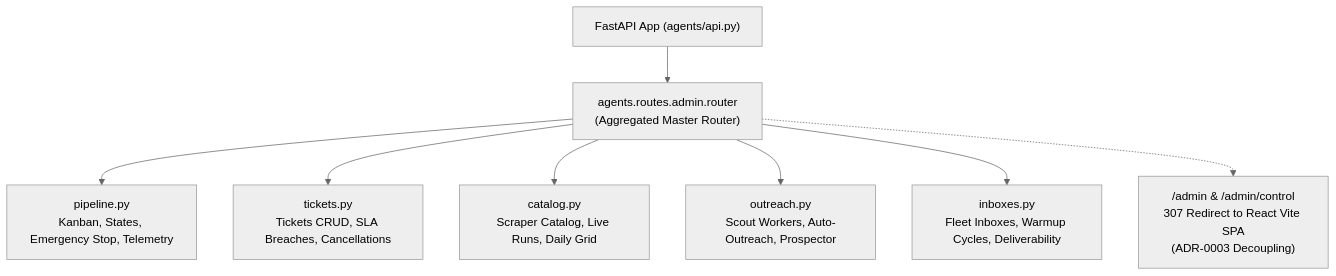
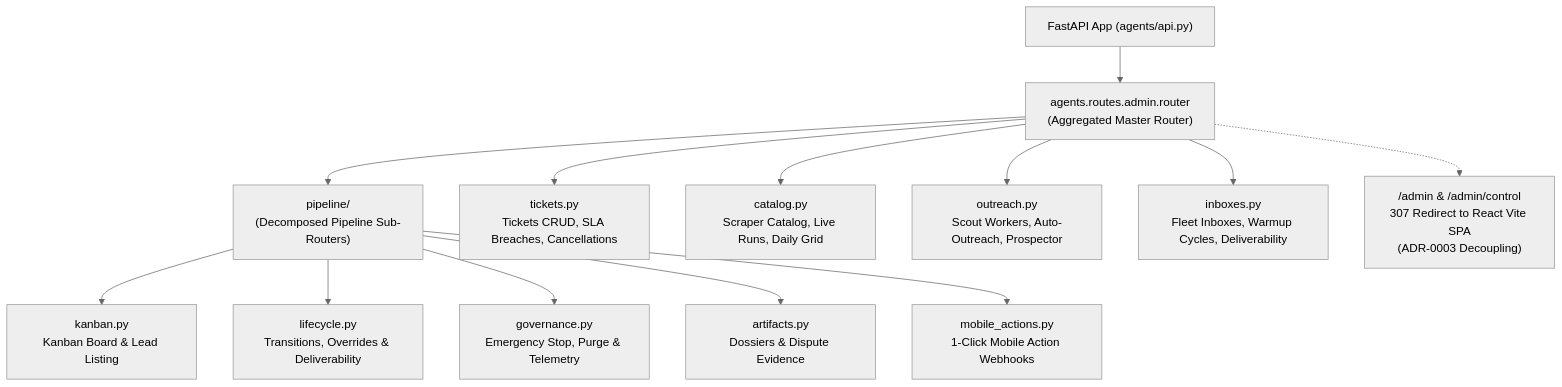
The diagram in agents/routes/admin/README.md (Benpahrman/leadops2), drawn with Mermaid (neutral theme) before and after one commit. The commit also changed other lines of this file and 83 other files, not shown here.

````diff
--- a/agents/routes/admin/README.md
+++ b/agents/routes/admin/README.md
@@ -13,12 +13,18 @@
 ```mermaid
 flowchart TD
     API["FastAPI App (agents/api.py)"] --> AdminRouter["agents.routes.admin.router\n(Aggregated Master Router)"]
 
-    AdminRouter --> Pipeline["pipeline.py\nKanban, States, Emergency Stop, Telemetry"]
+    AdminRouter --> PipelineRouter["pipeline/\n(Decomposed Pipeline Sub-Routers)"]
     AdminRouter --> Tickets["tickets.py\nTickets CRUD, SLA Breaches, Cancellations"]
     AdminRouter --> Catalog["catalog.py\nScraper Catalog, Live Runs, Daily Grid"]
     AdminRouter --> Outreach["outreach.py\nScout Workers, Auto-Outreach, Prospector"]
     AdminRouter --> Inboxes["inboxes.py\nFleet Inboxes, Warmup Cycles, Deliverability"]
 
+    PipelineRouter --> Kanban["kanban.py\nKanban Board & Lead Listing"]
+    PipelineRouter --> Lifecycle["lifecycle.py\nTransitions, Overrides & Deliverability"]
+    PipelineRouter --> Governance["governance.py\nEmergency Stop, Purge & Telemetry"]
+    PipelineRouter --> Artifacts["artifacts.py\nDossiers & Dispute Evidence"]
+    PipelineRouter --> Mobile["mobile_actions.py\n1-Click Mobile Action Webhooks"]
+
     AdminRouter -.-> Redirect["/admin & /admin/control\n307 Redirect to React Vite SPA\n(ADR-0003 Decoupling)"]
 ```
````
